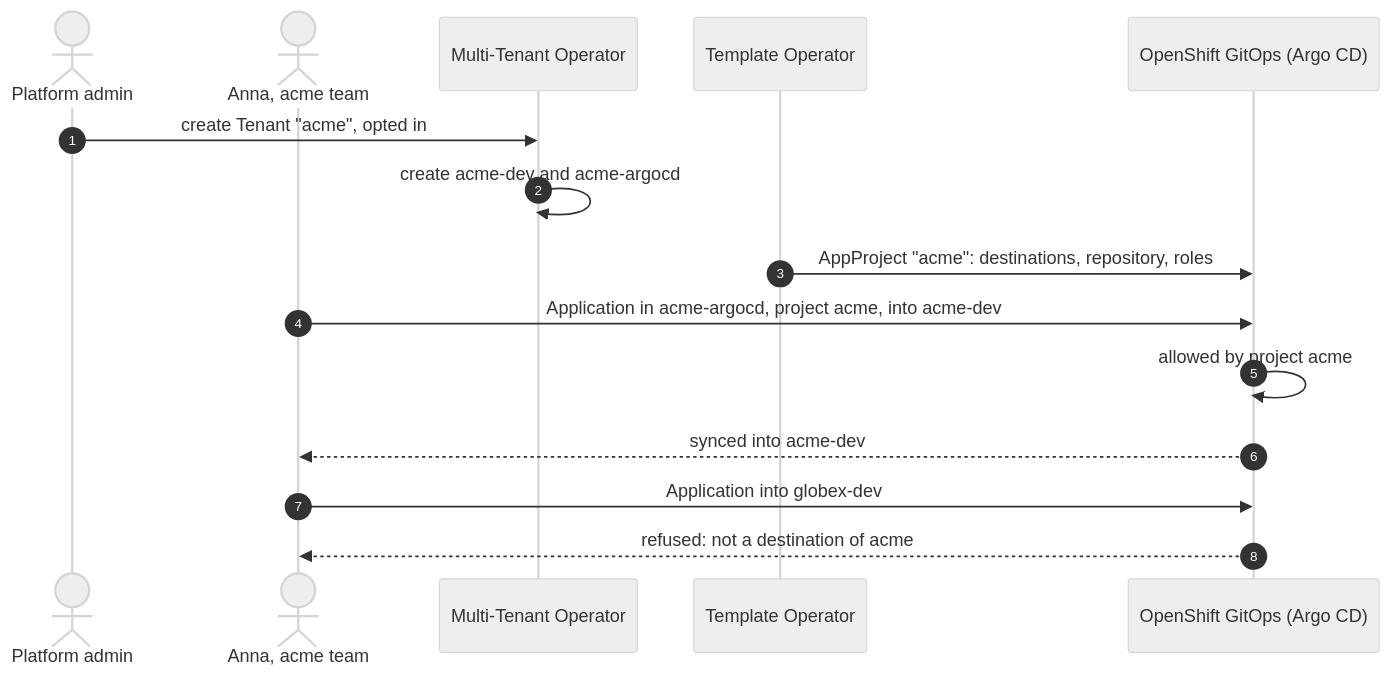
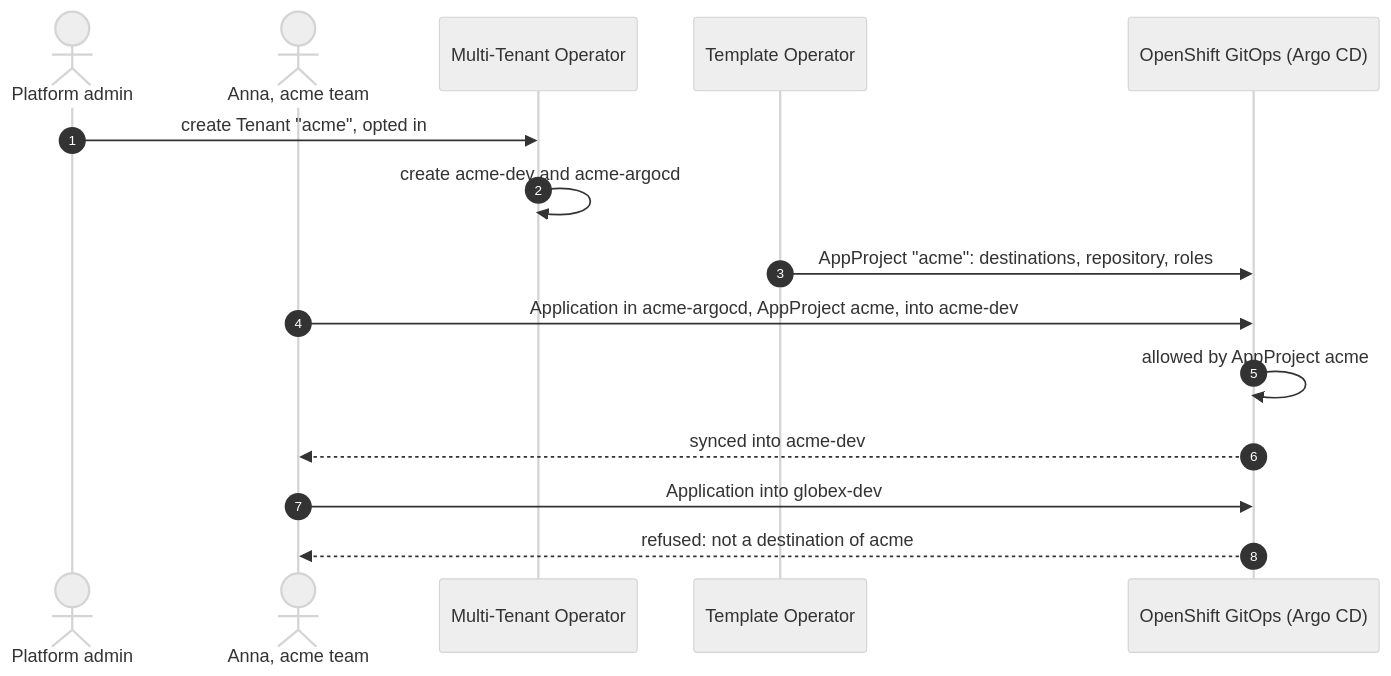
Before and after one commit to stakater/mto-blogs: the diagram in 05-tenants-and-argocd/post.md, drawn with Mermaid (neutral theme). The commit also changed other lines of this file and 4 other files, not shown here.

First line of the commit message:
Topic 3: say AppProject, not project; tenants change through reviewed pull requests

````diff
--- a/05-tenants-and-argocd/post.md
+++ b/05-tenants-and-argocd/post.md
@@ -169,18 +177,18 @@
 ```mermaid
 sequenceDiagram
     autonumber
     actor Admin as Platform admin
     actor Anna as Anna, acme team
     participant MTO as Multi-Tenant Operator
     participant TO as Template Operator
     participant ArgoCD as OpenShift GitOps (Argo CD)
 
     Admin->>MTO: create Tenant "acme", opted in
     MTO->>MTO: create acme-dev and acme-argocd
     TO->>ArgoCD: AppProject "acme": destinations, repository, roles
-    Anna->>ArgoCD: Application in acme-argocd, project acme, into acme-dev
-    ArgoCD->>ArgoCD: allowed by project acme
+    Anna->>ArgoCD: Application in acme-argocd, AppProject acme, into acme-dev
+    ArgoCD->>ArgoCD: allowed by AppProject acme
     ArgoCD-->>Anna: synced into acme-dev
     Anna->>ArgoCD: Application into globex-dev
     ArgoCD-->>Anna: refused: not a destination of acme
 ```
````
